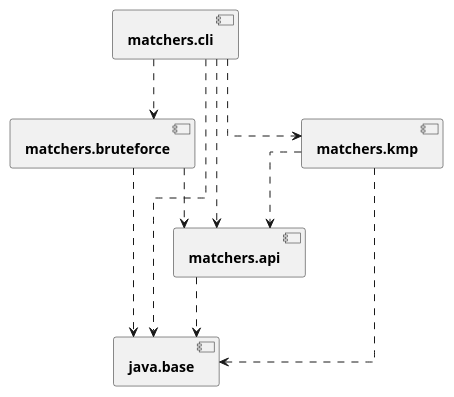
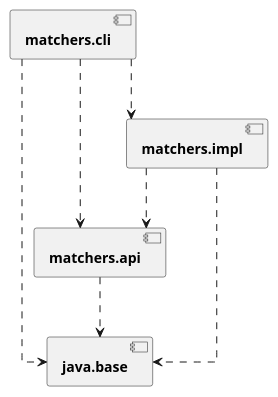
The diagram in matchers-doc/src/main/asciidoc/chapters/images/switch-to-9-modules.puml (mguenther/string-matchers), drawn with PlantUML before and after one commit. The commit also changed 9 other files, not shown here.

```diff
--- a/matchers-doc/src/main/asciidoc/chapters/images/switch-to-9-modules.puml
+++ b/matchers-doc/src/main/asciidoc/chapters/images/switch-to-9-modules.puml
@@ -1,31 +1,26 @@
 @startuml
 
 skinparam shadowing false
 skinparam componentStyle uml2
 skinparam linetype ortho
 skinparam frame {
     borderColor Transparent
     backgroundColor Transparent
     fontColor Transparent
 }
 
 component "<b>java.base</b>" as javabase
 component "<b>matchers.api</b>" as matchersapi
-component "<b>matchers.bruteforce</b>" as matchersbruteforce
-component "<b>matchers.kmp</b>" as matcherskmp
+component "<b>matchers.impl</b>" as matcherscore
 component "<b>matchers.cli</b>" as matcherscli
 
 matcherscli ..> javabase
 matcherscli ..> matchersapi
-matcherscli ..> matchersbruteforce
-matcherscli ..> matcherskmp
+matcherscli ..> matcherscore
 
 matchersapi ..> javabase
 
-matchersbruteforce ..> javabase
-matchersbruteforce ..> matchersapi
-
-matcherskmp ..> javabase
-matcherskmp ..> matchersapi
+matcherscore ..> javabase
+matcherscore ..> matchersapi
 
 @enduml
```
